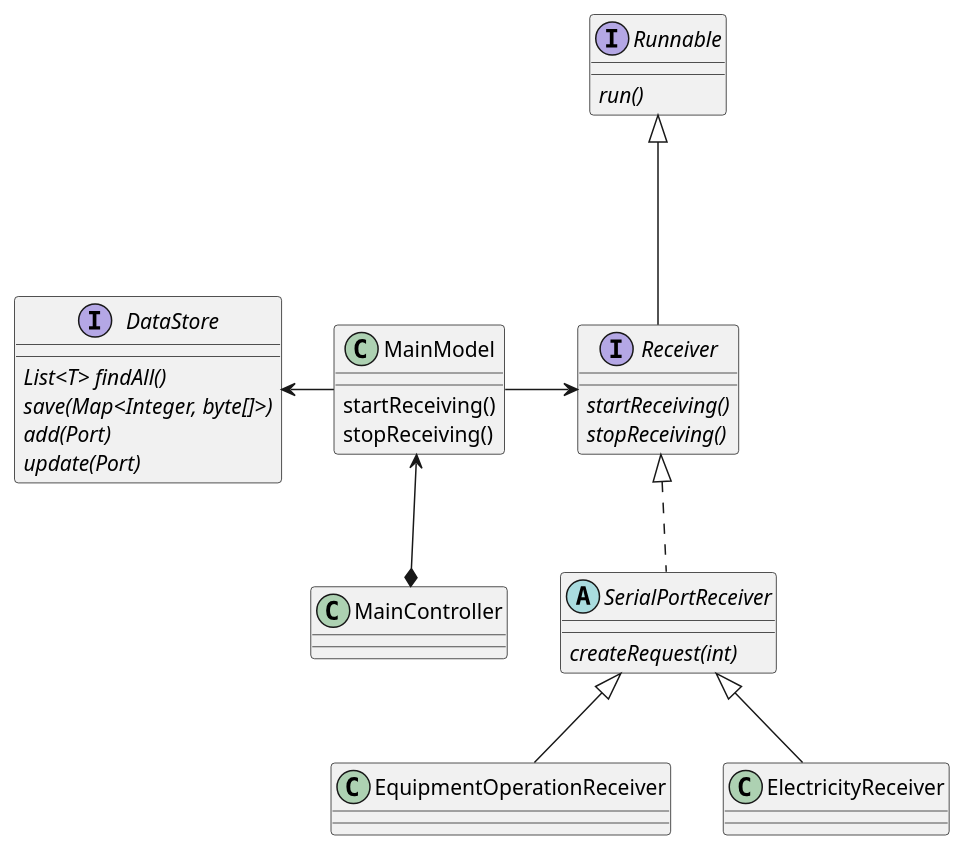
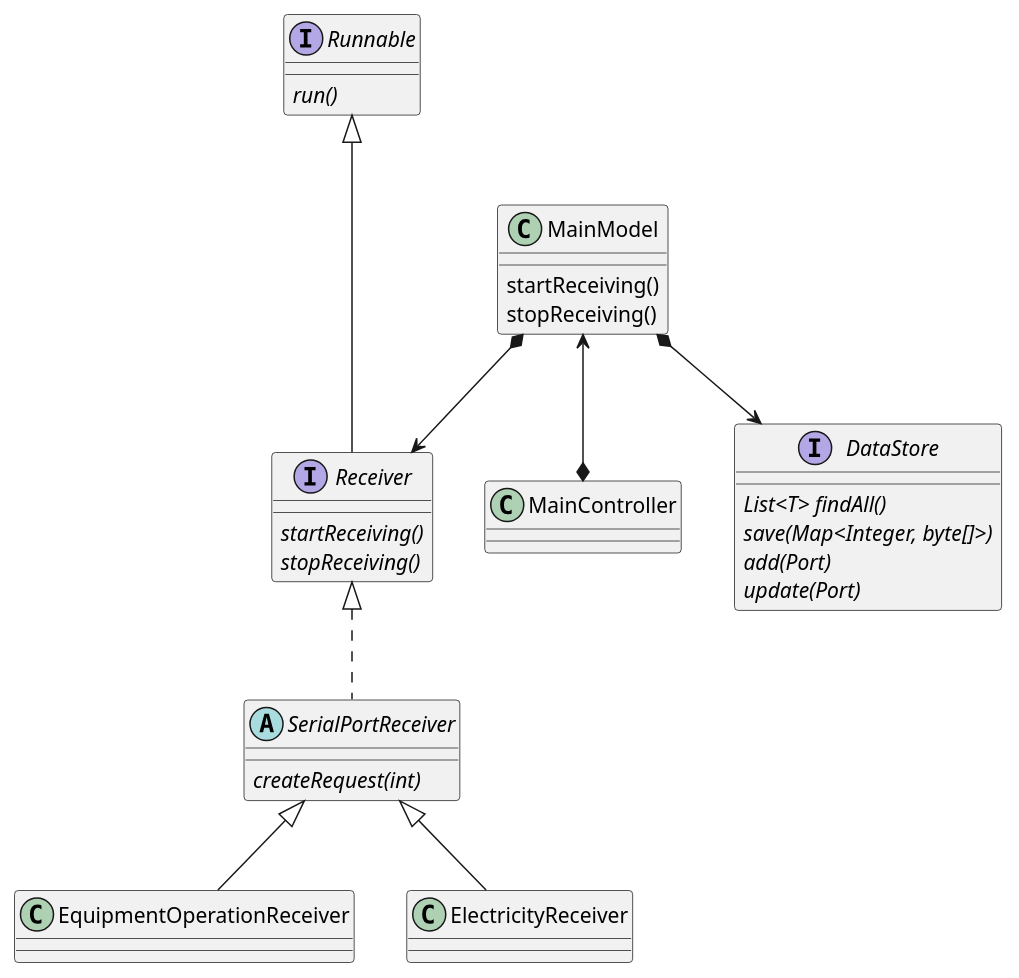
The diagram in oik-server.puml (AleksOl31/oik-server), drawn with PlantUML before and after one commit. The commit also changed 9 other files, not shown here.

```diff
--- a/oik-server.puml
+++ b/oik-server.puml
@@ -1,39 +1,39 @@
 @startuml
 'https://plantuml.com/class-diagram
 
 interface Receiver {
 {abstract} startReceiving()
 {abstract} stopReceiving()
 }
 
 interface Runnable {
 {abstract} run()
 }
 
 Receiver -up--|> Runnable
 abstract class SerialPortReceiver implements Receiver {
 {abstract} createRequest(int)
 }
 class EquipmentOperationReceiver extends SerialPortReceiver
 class ElectricityReceiver extends SerialPortReceiver
 
 class MainModel {
 startReceiving()
 stopReceiving()
 }
 
 class MainController {
 }
 
 interface DataStore {
 {abstract} List<T> findAll()
 {abstract} save(Map<Integer, byte[]>)
 {abstract} add(Port)
 {abstract} update(Port)
 }
 
-MainModel -right--> Receiver
-MainModel -left--> DataStore
+MainModel *--> Receiver
+MainModel *--> DataStore
 MainModel <--* MainController
 
 @enduml
```
